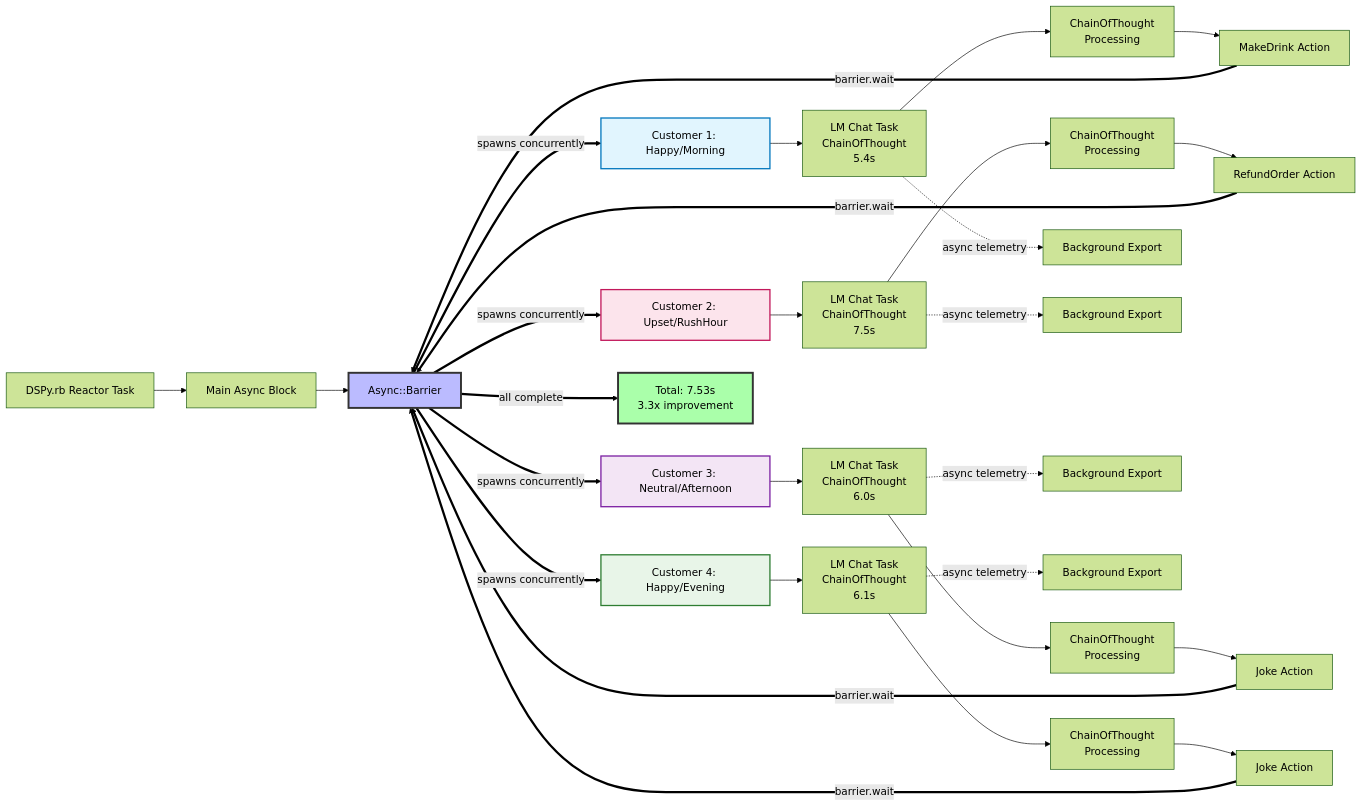
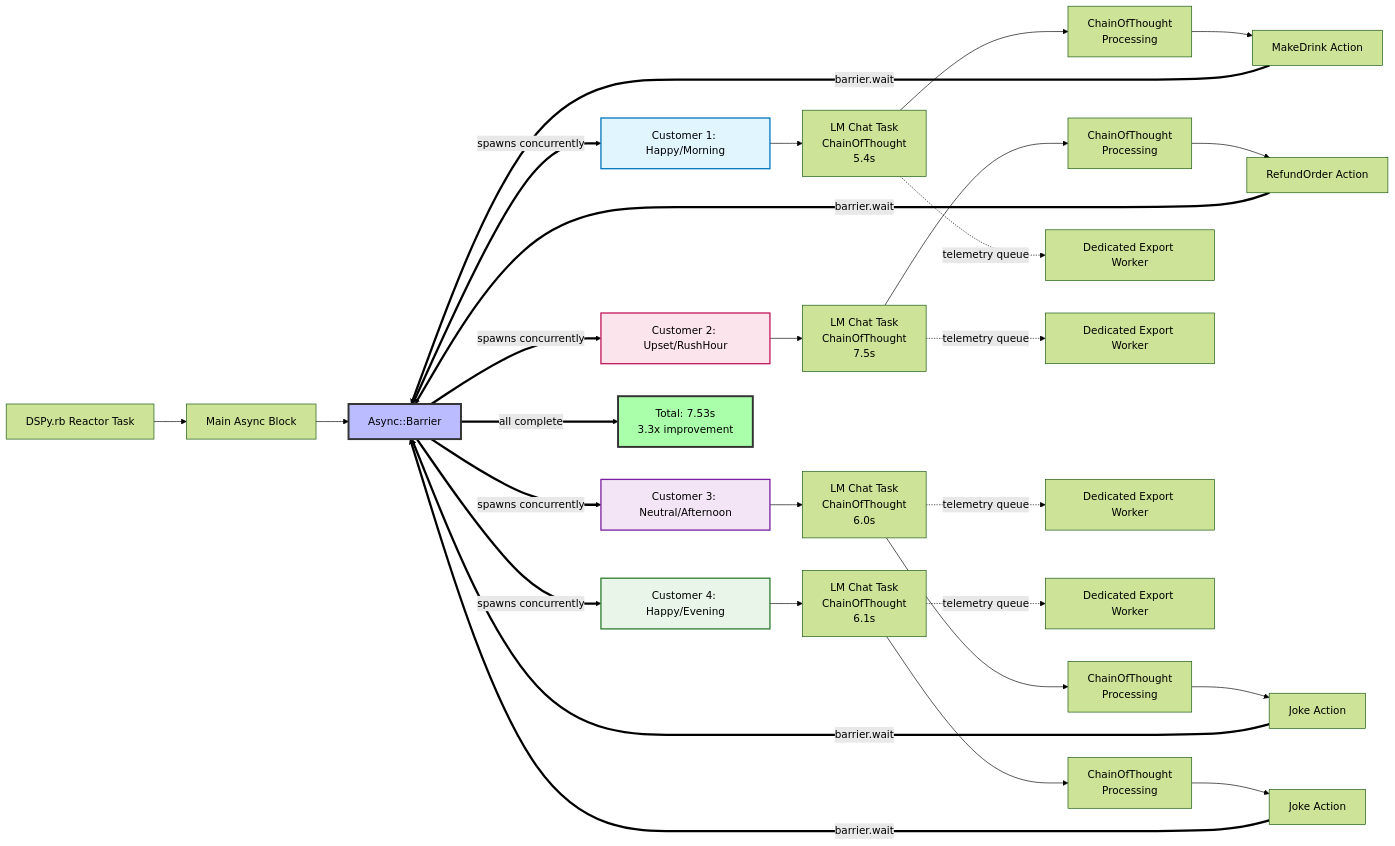
The second of 2 diagrams in docs/src/_articles/dspy-rb-concurrent-architecture-deep-dive.md (vicentereig/dspy.rb), drawn with Mermaid (forest theme) before and after one commit. The commit also changed other lines of this file and 6 other files, not shown here.

````diff
--- a/docs/src/_articles/dspy-rb-concurrent-architecture-deep-dive.md
+++ b/docs/src/_articles/dspy-rb-concurrent-architecture-deep-dive.md
@@ -225,34 +236,34 @@
 ```mermaid
 flowchart LR
     R["DSPy.rb Reactor Task"] --> MA["Main Async Block"]
     MA --> AB["Async::Barrier"]
     AB == spawns concurrently ==> C1["Customer 1: Happy/Morning"] & C2["Customer 2: Upset/RushHour"] & C3["Customer 3: Neutral/Afternoon"] & C4["Customer 4: Happy/Evening"]
     
     C1 --> LM1["LM Chat Task<br/>ChainOfThought<br/>5.4s"]
     C2 --> LM2["LM Chat Task<br/>ChainOfThought<br/>7.5s"]
     C3 --> LM3["LM Chat Task<br/>ChainOfThought<br/>6.0s"] 
     C4 --> LM4["LM Chat Task<br/>ChainOfThought<br/>6.1s"]
     
     LM1 --> COT1["ChainOfThought<br/>Processing"] --> MD1["MakeDrink Action"]
     LM2 --> COT2["ChainOfThought<br/>Processing"] --> RO2["RefundOrder Action"]
     LM3 --> COT3["ChainOfThought<br/>Processing"] --> J3["Joke Action"]
     LM4 --> COT4["ChainOfThought<br/>Processing"] --> J4["Joke Action"]
     
-    LM1 -. async telemetry .-> T1["Background Export"]
-    LM2 -. async telemetry .-> T2["Background Export"]
-    LM3 -. async telemetry .-> T3["Background Export"]
-    LM4 -. async telemetry .-> T4["Background Export"]
+    LM1 -. telemetry queue .-> T1["Dedicated Export Worker"]
+    LM2 -. telemetry queue .-> T2["Dedicated Export Worker"]
+    LM3 -. telemetry queue .-> T3["Dedicated Export Worker"]
+    LM4 -. telemetry queue .-> T4["Dedicated Export Worker"]
     
     MD1 == "barrier.wait" ==> AB
     RO2 == "barrier.wait" ==> AB  
     J3 == "barrier.wait" ==> AB
     J4 == "barrier.wait" ==> AB
     AB == all complete ==> Result["Total: 7.53s<br/>3.3x improvement"]
     
     style AB fill:#bbf,stroke:#333,stroke-width:3px
     style Result fill:#afa,stroke:#333,stroke-width:3px
     style C1 fill:#e1f5fe,stroke:#0277bd,stroke-width:2px
     style C2 fill:#fce4ec,stroke:#c2185b,stroke-width:2px
     style C3 fill:#f3e5f5,stroke:#7b1fa2,stroke-width:2px
     style C4 fill:#e8f5e8,stroke:#2e7d32,stroke-width:2px
 ```
````
